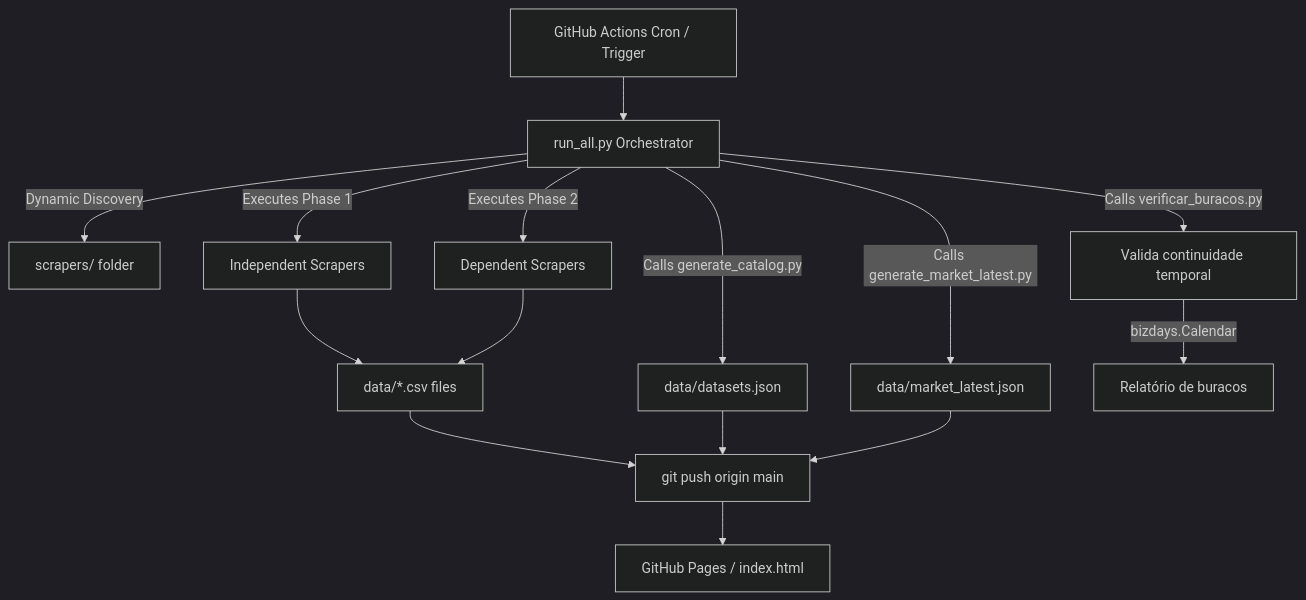
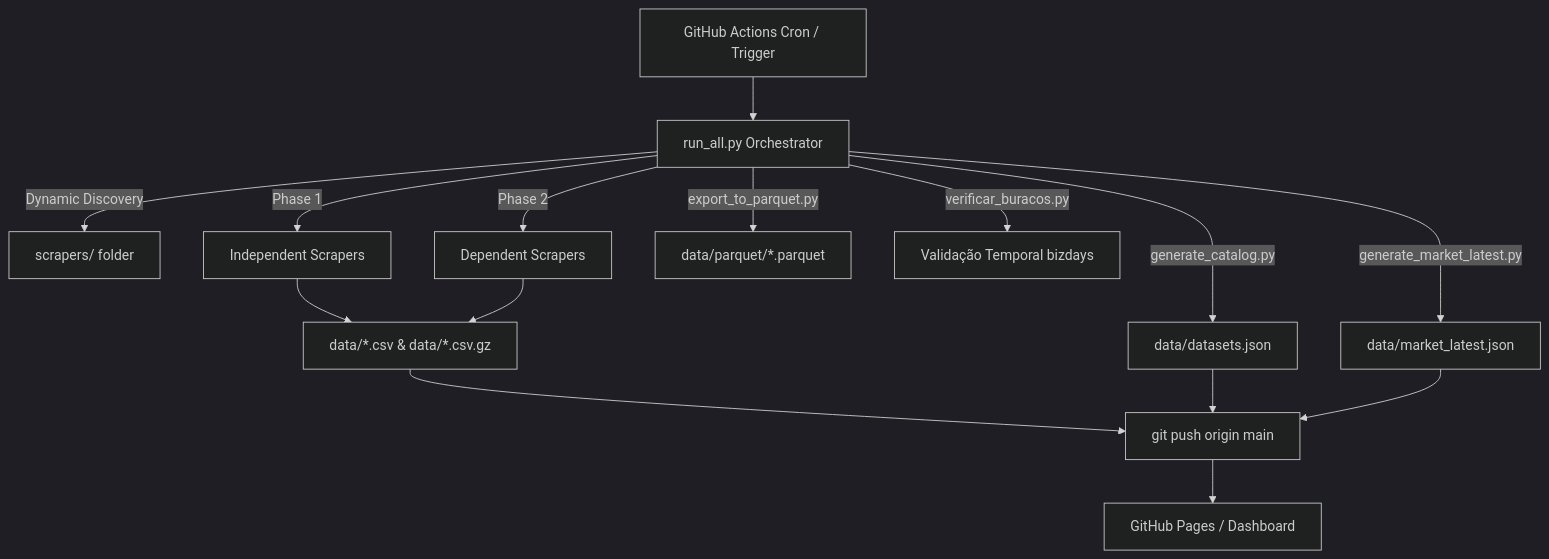
Before and after one commit to PulseDataLabs/PulseFlat: the diagram in README.md, drawn with Mermaid (dark theme). The commit also changed other lines of this file and 56 other files, not shown here.

````diff
--- a/README.md
+++ b/README.md
@@ -58,15 +59,15 @@
 ```mermaid
 graph TD
     A[GitHub Actions Cron / Trigger] --> B[run_all.py Orchestrator]
     B -->|Dynamic Discovery| C[scrapers/ folder]
-    B -->|Executes Phase 1| D[Independent Scrapers]
-    B -->|Executes Phase 2| E[Dependent Scrapers]
-    D --> F[data/*.csv files]
+    B -->|Phase 1| D[Independent Scrapers]
+    B -->|Phase 2| E[Dependent Scrapers]
+    D --> F[data/*.csv & data/*.csv.gz]
     E --> F
-    B -->|Calls generate_catalog.py| G[data/datasets.json]
-    B -->|Calls generate_market_latest.py| H[data/market_latest.json]
-    B -->|Calls verificar_buracos.py| K[Valida continuidade temporal]
-    K -->|bizdays.Calendar| L[Relatório de buracos]
+    B -->|export_to_parquet.py| P[data/parquet/*.parquet]
+    B -->|generate_catalog.py| G[data/datasets.json]
+    B -->|generate_market_latest.py| H[data/market_latest.json]
+    B -->|verificar_buracos.py| K[Validação Temporal bizdays]
     F & G & H --> I[git push origin main]
-    I --> J[GitHub Pages / index.html]
+    I --> J[GitHub Pages / Dashboard]
 ```
````
